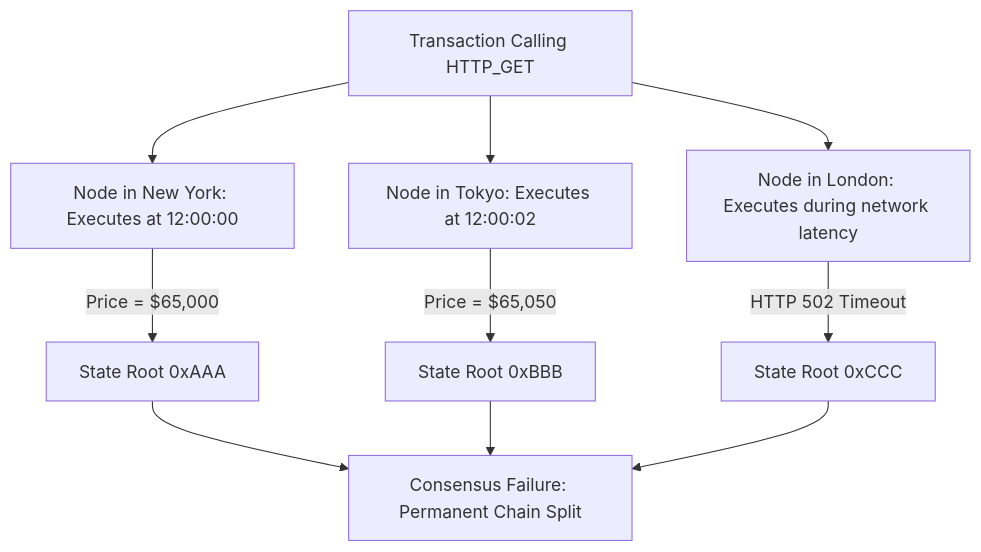
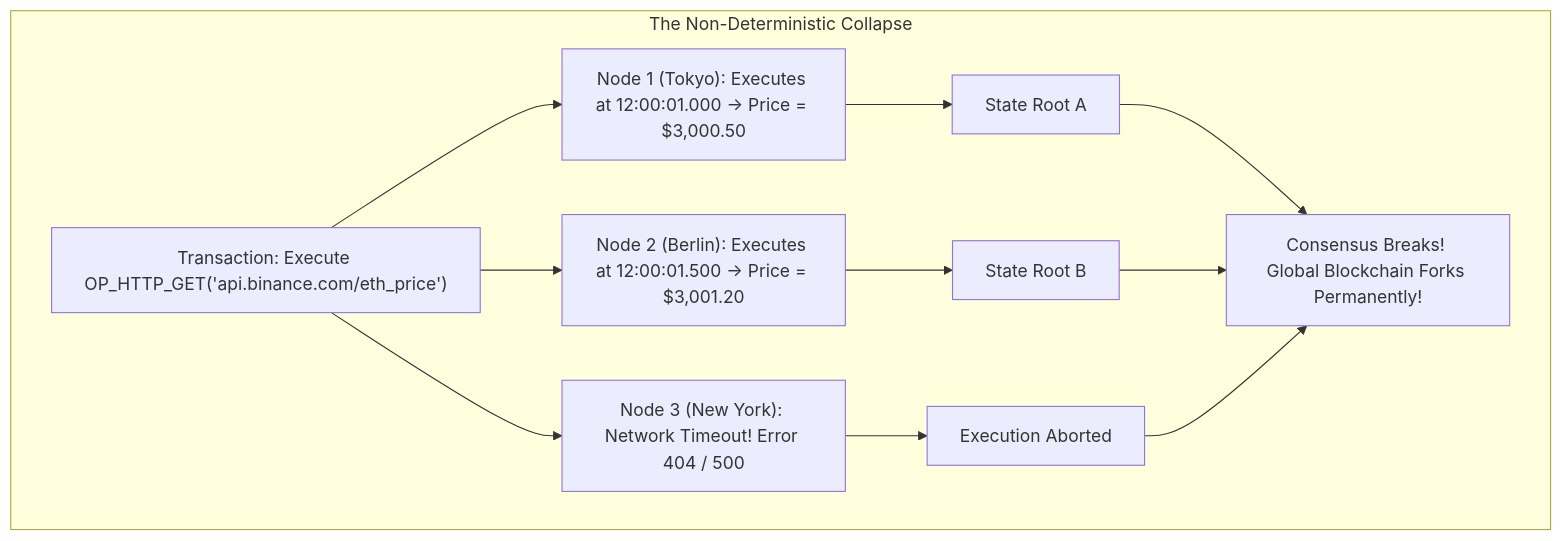
Before and after one commit to ub-society/modules: the first of 7 diagrams in docs/learn/fundamentals/04-programmability-and-vm/05-the-oracle-problem.md, drawn with Mermaid. The commit also changed other lines of this file and 4 other files, not shown here.

````diff
--- a/docs/learn/fundamentals/04-programmability-and-vm/05-the-oracle-problem.md
+++ b/docs/learn/fundamentals/04-programmability-and-vm/05-the-oracle-problem.md
@@ -12,12 +25,14 @@
 ```mermaid
 flowchart TD
-    Tx[Transaction Calling HTTP_GET] --> NodeA[Node in New York: Executes at 12:00:00]
-    Tx --> NodeB[Node in Tokyo: Executes at 12:00:02]
-    Tx --> NodeC[Node in London: Executes during network latency]
+    subgraph The Non-Deterministic Collapse
+        Tx["Transaction: Execute OP_HTTP_GET('api.binance.com/eth_price')"] --> Node1["Node 1 (Tokyo): Executes at 12:00:01.000 -> Price = $3,000.50"]
+        Tx --> Node2["Node 2 (Berlin): Executes at 12:00:01.500 -> Price = $3,001.20"]
+        Tx --> Node3["Node 3 (New York): Network Timeout! Error 404 / 500"]
 
-    NodeA -->|Price = $65,000| StateA[State Root 0xAAA]
-    NodeB -->|Price = $65,050| StateB[State Root 0xBBB]
-    NodeC -->|HTTP 502 Timeout| StateC[State Root 0xCCC]
+        Node1 --> State1["State Root A"]
+        Node2 --> State2["State Root B"]
+        Node3 --> Crash["Execution Aborted"]
 
-    StateA & StateB & StateC --> Split[Consensus Failure: Permanent Chain Split]
+        State1 & State2 & Crash --> Split["Consensus Breaks! Global Blockchain Forks Permanently!"]
+    end
 ```
````
